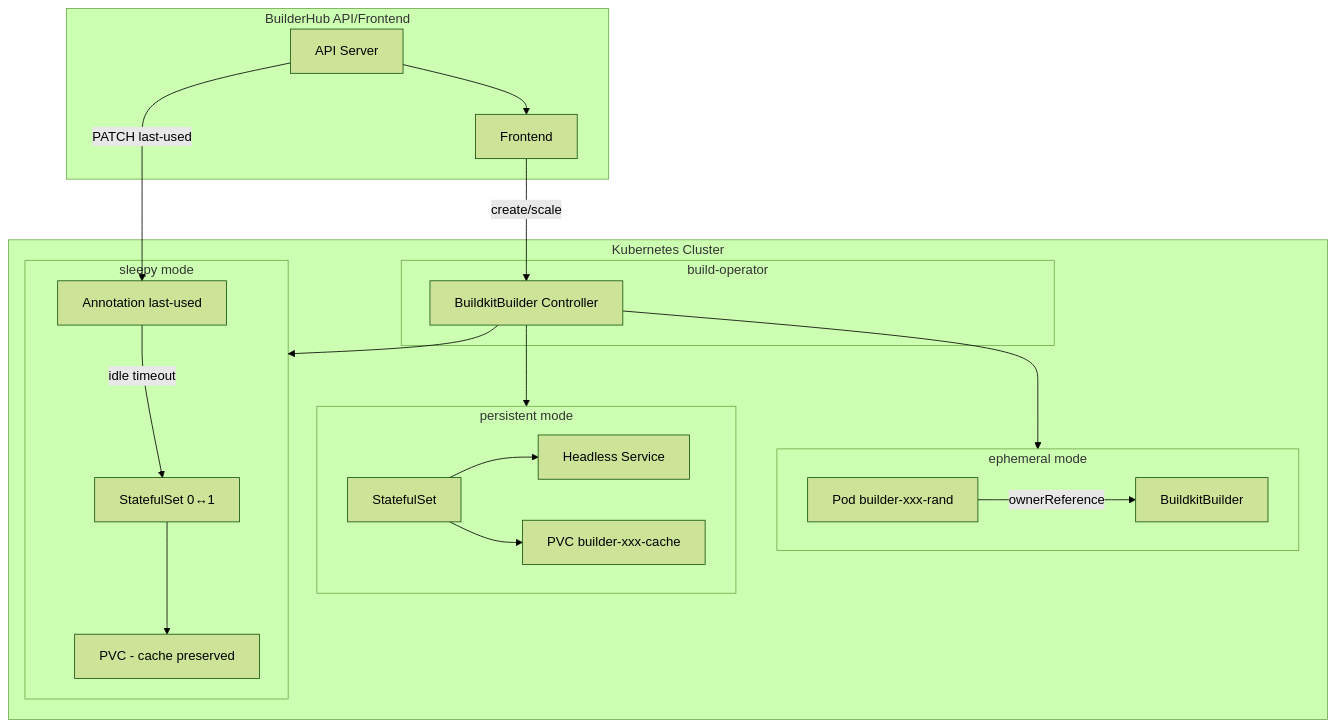
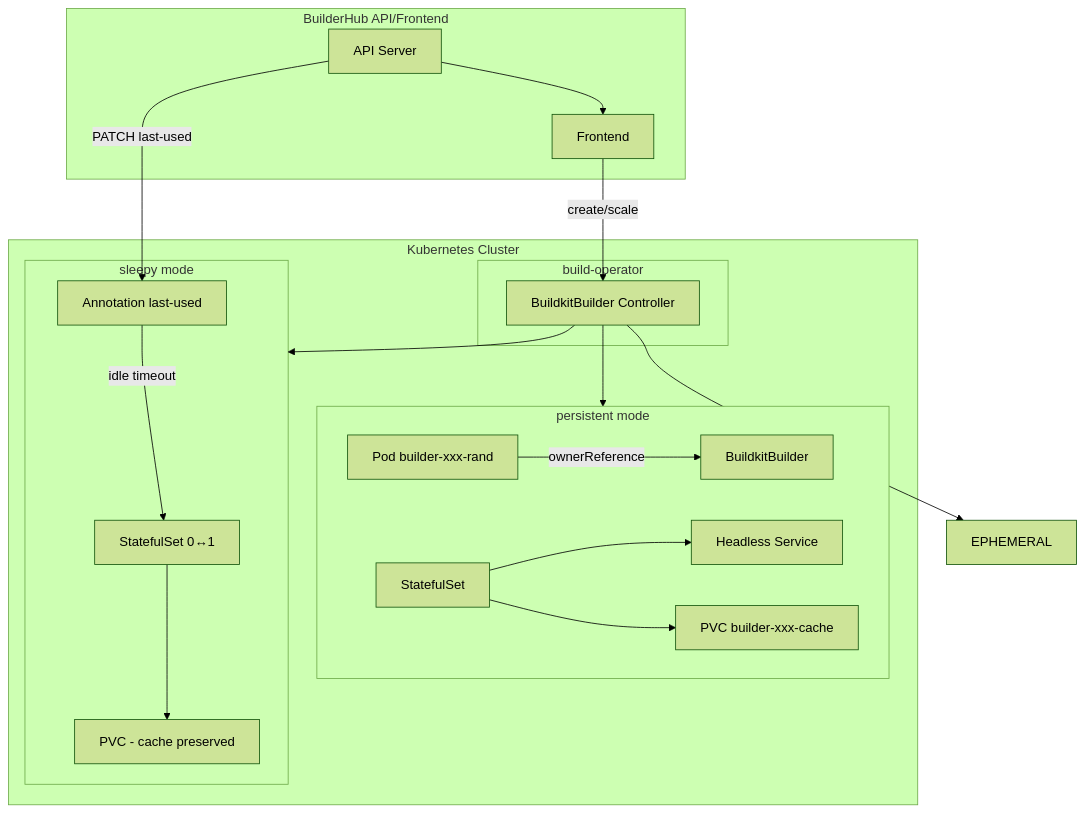
The diagram in README.md (BuilderHub/build-operator), drawn with Mermaid (forest theme) before and after one commit. The commit also changed other lines of this file and 6 other files, not shown here.

Commit message:
chore: remove ephemeral builder mode (#6)

````diff
--- a/README.md
+++ b/README.md
@@ -7,41 +7,41 @@
 ```mermaid
 flowchart TB
     subgraph BH["BuilderHub API/Frontend"]
         API[API Server]
         FE[Frontend]
         API --> FE
     end
 
     subgraph K8S["Kubernetes Cluster"]
         subgraph OP["build-operator"]
             Recon[BuildkitBuilder Controller]
         end
 
-        subgraph EPHEMERAL["ephemeral mode"]
+        subgraph PERSISTENT["persistent mode"]
             Pod1[Pod builder-xxx-rand]
             Pod1 --> |ownerReference| CR1[BuildkitBuilder]
         end
 
         subgraph PERSISTENT["persistent mode"]
             STS[StatefulSet]
             SVC[Headless Service]
             PVC[PVC builder-xxx-cache]
             STS --> SVC
             STS --> PVC
         end
 
         subgraph SLEEPY["sleepy mode"]
             STS2[StatefulSet 0↔1]
             PVC2[PVC - cache preserved]
             Ann[Annotation last-used]
             STS2 --> PVC2
             Ann --> |idle timeout| STS2
         end
     end
 
     FE --> |create/scale| Recon
     Recon --> EPHEMERAL
     Recon --> PERSISTENT
     Recon --> SLEEPY
     API --> |PATCH last-used| Ann
 ```
````
